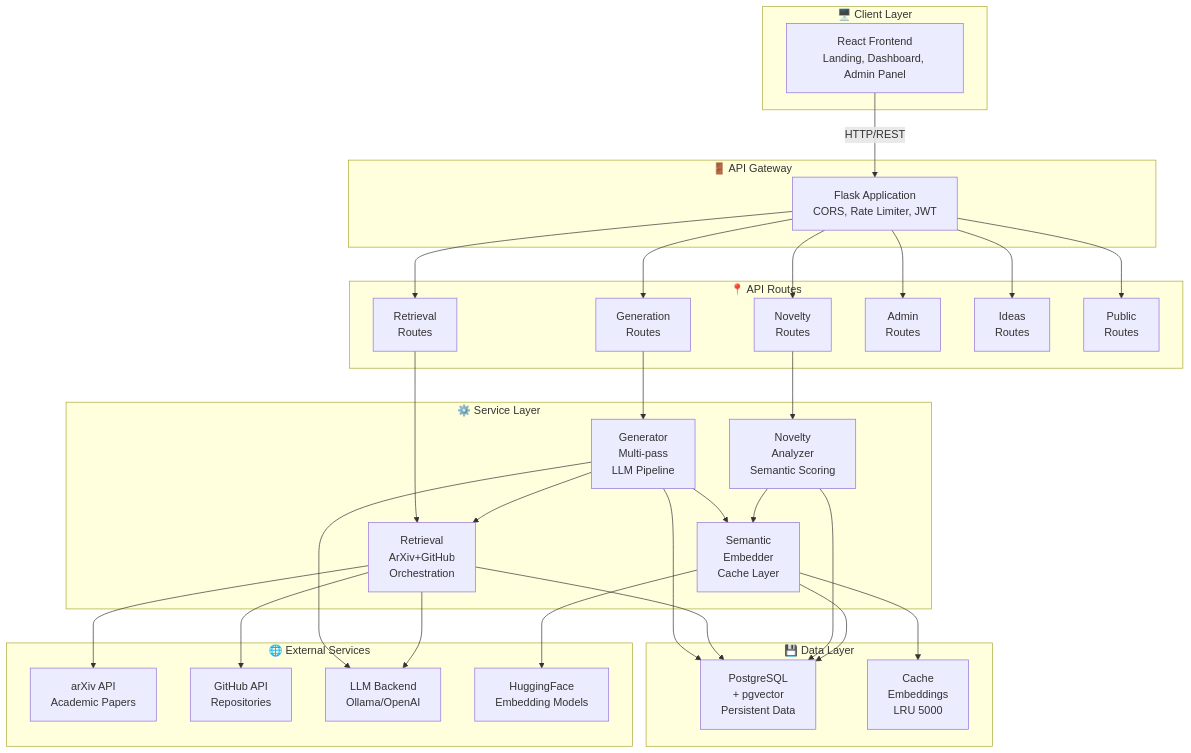
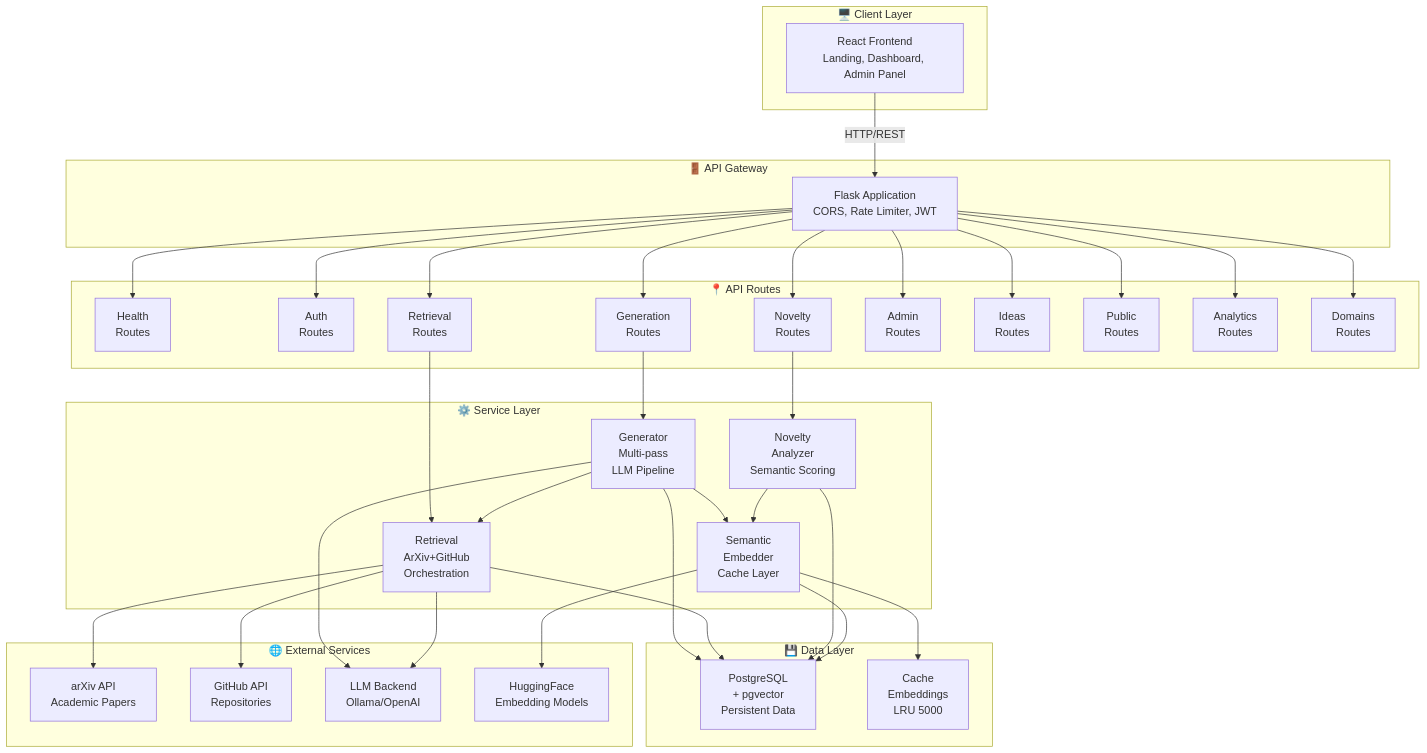
Before and after one commit to Shrx14/InnovateSphere: the first of 13 diagrams in docs/DIAGRAMS_MERMAID.md, drawn with Mermaid. The commit also changed other lines of this file and 4 other files, not shown here.

Commit message:
`Updated README, SETUP_GUIDE, and other documentation files to reflect changes in the project structure, architecture, and features.`

````diff
--- a/docs/DIAGRAMS_MERMAID.md
+++ b/docs/DIAGRAMS_MERMAID.md
@@ -5,68 +5,76 @@
 ```mermaid
 graph TB
     subgraph Client["🖥️ Client Layer"]
         React["React Frontend<br/>Landing, Dashboard, Admin Panel"]
     end
     
     subgraph Gateway["🚪 API Gateway"]
         Flask["Flask Application<br/>CORS, Rate Limiter, JWT"]
     end
     
     subgraph API["📍 API Routes"]
+        Health["Health<br/>Routes"]
+        Auth_R["Auth<br/>Routes"]
         Gen["Generation<br/>Routes"]
         Ret["Retrieval<br/>Routes"]
         Nov["Novelty<br/>Routes"]
         Admin_R["Admin<br/>Routes"]
         Ideas["Ideas<br/>Routes"]
         Public["Public<br/>Routes"]
+        Analytics_R["Analytics<br/>Routes"]
+        Domains_R["Domains<br/>Routes"]
     end
     
     subgraph Services["⚙️ Service Layer"]
         Generator["Generator<br/>Multi-pass<br/>LLM Pipeline"]
         Retrieval["Retrieval<br/>ArXiv+GitHub<br/>Orchestration"]
         Novelty["Novelty<br/>Analyzer<br/>Semantic Scoring"]
         Semantic["Semantic<br/>Embedder<br/>Cache Layer"]
     end
     
     subgraph Storage["💾 Data Layer"]
         DB["PostgreSQL<br/>+ pgvector<br/>Persistent Data"]
         Cache["Cache<br/>Embeddings<br/>LRU 5000"]
     end
     
     subgraph External["🌐 External Services"]
         ArXiv["arXiv API<br/>Academic Papers"]
         GitHub["GitHub API<br/>Repositories"]
         LLM["LLM Backend<br/>Ollama/OpenAI"]
         HF["HuggingFace<br/>Embedding Models"]
     end
     
     React -->|HTTP/REST| Flask
+    Flask --> Health
+    Flask --> Auth_R
     Flask --> Gen
     Flask --> Ret
     Flask --> Nov
     Flask --> Admin_R
     Flask --> Ideas
     Flask --> Public
+    Flask --> Analytics_R
+    Flask --> Domains_R
     
     Gen --> Generator
     Ret --> Retrieval
     Nov --> Novelty
     
     Generator --> Retrieval
     Generator --> Semantic
     Generator --> DB
     
     Retrieval --> ArXiv
     Retrieval --> GitHub
     Retrieval --> DB
     
     Novelty --> Semantic
     Novelty --> DB
     
     Semantic --> Cache
     Semantic --> DB
     Semantic --> HF
     
     Generator --> LLM
     Retrieval --> LLM
 ```
````
